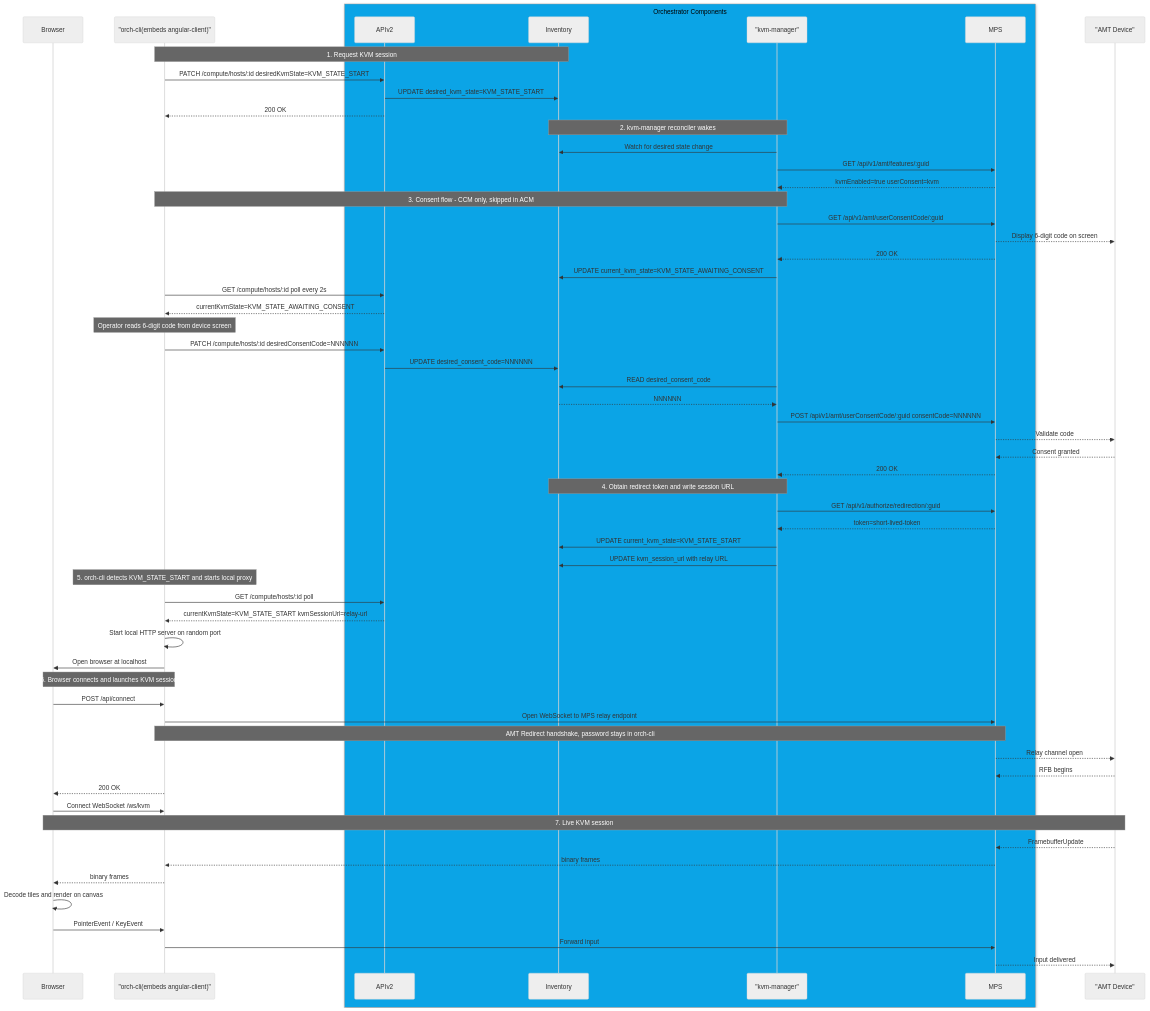
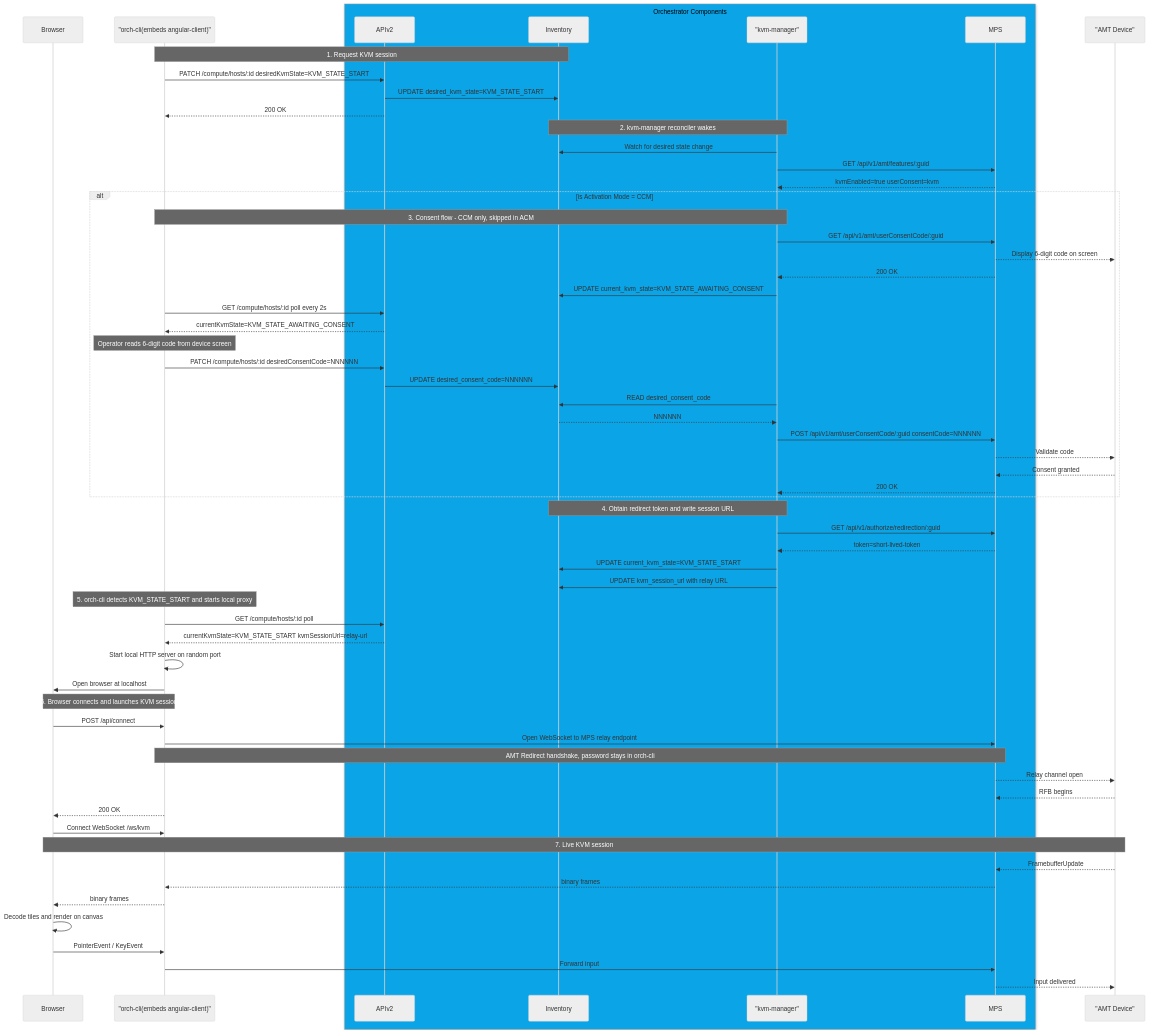
Before and after one commit to open-edge-platform/edge-manageability-framework: the first of 2 diagrams in design-proposals/vpro_sol_kvm.md, drawn with Mermaid (neutral theme). The commit also changed other lines of this file, not shown here.

````diff
--- a/design-proposals/vpro_sol_kvm.md
+++ b/design-proposals/vpro_sol_kvm.md
@@ -316,73 +314,74 @@
 ```mermaid
 sequenceDiagram
     participant Browser as Browser
     participant CLI as "orch-cli(embeds angular-client)"
 box rgba(11, 164, 230, 1) Orchestrator Components
     participant APIV2 as APIv2
     participant INV as Inventory
     participant DM as "kvm-manager"
     participant MPS as MPS
 end
     participant AMT as "AMT Device"
     
 
     Note over CLI,INV: 1. Request KVM session
     CLI->>APIV2: PATCH /compute/hosts/:id desiredKvmState=KVM_STATE_START
     APIV2->>INV: UPDATE desired_kvm_state=KVM_STATE_START
     APIV2-->>CLI: 200 OK
 
     Note over DM,INV: 2. kvm-manager reconciler wakes
     DM->>INV: Watch for desired state change
     DM->>MPS: GET /api/v1/amt/features/:guid
     MPS-->>DM: kvmEnabled=true userConsent=kvm
 
+    alt is Activation Mode = CCM
     Note over DM,CLI: 3. Consent flow - CCM only, skipped in ACM
     DM->>MPS: GET /api/v1/amt/userConsentCode/:guid
     MPS-->>AMT: Display 6-digit code on screen
     MPS-->>DM: 200 OK
     DM->>INV: UPDATE current_kvm_state=KVM_STATE_AWAITING_CONSENT
 
     CLI->>APIV2: GET /compute/hosts/:id poll every 2s
     APIV2-->>CLI: currentKvmState=KVM_STATE_AWAITING_CONSENT
 
     Note over CLI: Operator reads 6-digit code from device screen
     CLI->>APIV2: PATCH /compute/hosts/:id desiredConsentCode=NNNNNN
     APIV2->>INV: UPDATE desired_consent_code=NNNNNN
 
     DM->>INV: READ desired_consent_code
     INV-->>DM: NNNNNN
     DM->>MPS: POST /api/v1/amt/userConsentCode/:guid consentCode=NNNNNN
     MPS-->>AMT: Validate code
     AMT-->>MPS: Consent granted
     MPS-->>DM: 200 OK
-
+    end
     Note over DM,INV: 4. Obtain redirect token and write session URL
     DM->>MPS: GET /api/v1/authorize/redirection/:guid
     MPS-->>DM: token=short-lived-token
     DM->>INV: UPDATE current_kvm_state=KVM_STATE_START
     DM->>INV: UPDATE kvm_session_url with relay URL
 
     Note over CLI: 5. orch-cli detects KVM_STATE_START and starts local proxy
     CLI->>APIV2: GET /compute/hosts/:id poll
     APIV2-->>CLI: currentKvmState=KVM_STATE_START kvmSessionUrl=relay-url
     CLI->>CLI: Start local HTTP server on random port
     CLI->>Browser: Open browser at localhost
 
     Note over Browser,CLI: 6. Browser connects and launches KVM session
     Browser->>CLI: POST /api/connect
     CLI->>MPS: Open WebSocket to MPS relay endpoint
     Note over CLI,MPS: AMT Redirect handshake, password stays in orch-cli
     MPS-->>AMT: Relay channel open
     AMT-->>MPS: RFB begins
     CLI-->>Browser: 200 OK
     Browser->>CLI: Connect WebSocket /ws/kvm
 
     Note over Browser,AMT: 7. Live KVM session
     AMT-->>MPS: FramebufferUpdate
     MPS-->>CLI: binary frames
     CLI-->>Browser: binary frames
     Browser->>Browser: Decode tiles and render on canvas
     Browser->>CLI: PointerEvent / KeyEvent
     CLI->>MPS: Forward input
     MPS-->>AMT: Input delivered
 ```
````
